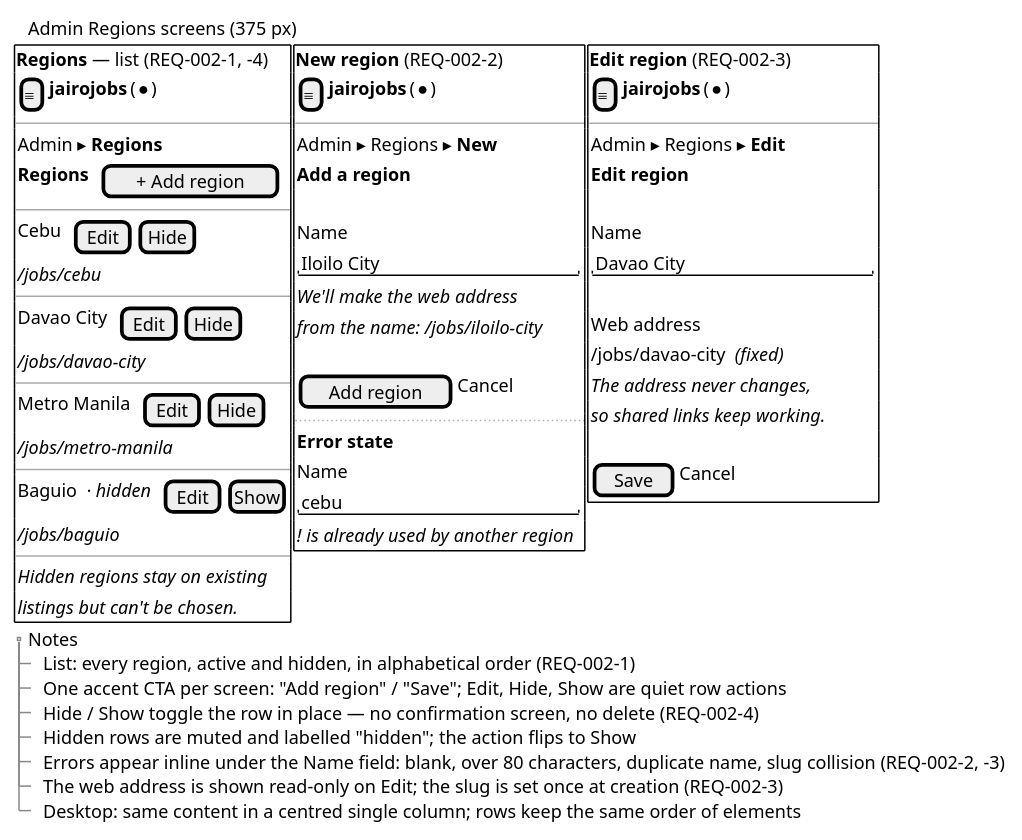
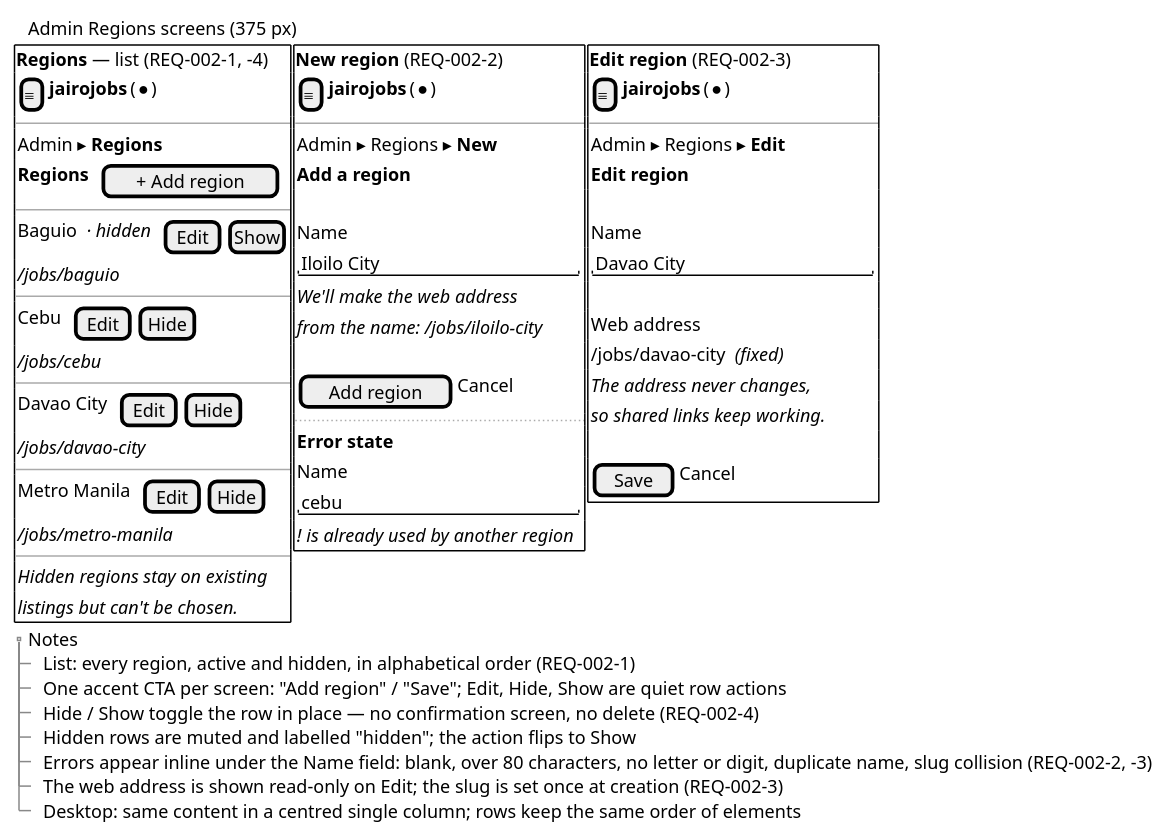
Before and after one commit to raseniero/jairojobs-elixir: the diagram in docs/specs/002-regions/diagrams/wireframe-regions-admin.puml, drawn with PlantUML. The commit also changed 8 other files, not shown here.

Commit message:
docs(spec 002): a name needs a letter or digit (REQ-002-2, new scenario with its tests); wording and diagrams brought in line with the app

```diff
--- a/docs/specs/002-regions/diagrams/wireframe-regions-admin.puml
+++ b/docs/specs/002-regions/diagrams/wireframe-regions-admin.puml
@@ -1,78 +1,78 @@
 @startsalt wireframe-regions-admin
 ' Spec 002 — admin Regions screens at phone width (REQ-002-1..4).
 ' The list, plus the New and Edit forms it leads to.
 ' Wireframe only — not a visual design.
 
 {
   {T
     + Admin Regions screens (375 px)
   }
   {
     {+ <b>Regions</b> — list (REQ-002-1, -4)
       { [≡] | <b>jairojobs</b> | (●) }
       --
       { Admin ▸ <b>Regions</b> }
       { <b>Regions</b> | . | [ + Add region ] }
       --
+      { Baguio  <i>· hidden</i> | . | [Edit] | [Show] }
+      { <i>/jobs/baguio</i> }
+      --
       { Cebu | . | [Edit] | [Hide] }
       { <i>/jobs/cebu</i> }
       --
       { Davao City | . | [Edit] | [Hide] }
       { <i>/jobs/davao-city</i> }
       --
       { Metro Manila | . | [Edit] | [Hide] }
       { <i>/jobs/metro-manila</i> }
-      --
-      { Baguio  <i>· hidden</i> | . | [Edit] | [Show] }
-      { <i>/jobs/baguio</i> }
       --
       { <i>Hidden regions stay on existing</i> }
       { <i>listings but can't be chosen.</i> }
     } |
     {+ <b>New region</b> (REQ-002-2)
       { [≡] | <b>jairojobs</b> | (●) }
       --
       { Admin ▸ Regions ▸ <b>New</b> }
       { <b>Add a region</b> }
       .
       { Name }
       { "Iloilo City            " }
       { <i>We'll make the web address</i> }
       { <i>from the name: /jobs/iloilo-city</i> }
       .
       { [ Add region ] | Cancel }
       ..
       { <b>Error state</b> }
       { Name }
       { "cebu                   " }
       { <i>! is already used by another region</i> }
     } |
     {+ <b>Edit region</b> (REQ-002-3)
       { [≡] | <b>jairojobs</b> | (●) }
       --
       { Admin ▸ Regions ▸ <b>Edit</b> }
       { <b>Edit region</b> }
       .
       { Name }
       { "Davao City             " }
       .
       { Web address }
       { /jobs/davao-city  <i>(fixed)</i> }
       { <i>The address never changes,</i> }
       { <i>so shared links keep working.</i> }
       .
       { [ Save ] | Cancel }
     }
   }
   {T
     + Notes
     ++ List: every region, active and hidden, in alphabetical order (REQ-002-1)
     ++ One accent CTA per screen: "Add region" / "Save"; Edit, Hide, Show are quiet row actions
     ++ Hide / Show toggle the row in place — no confirmation screen, no delete (REQ-002-4)
     ++ Hidden rows are muted and labelled "hidden"; the action flips to Show
-    ++ Errors appear inline under the Name field: blank, over 80 characters, duplicate name, slug collision (REQ-002-2, -3)
+    ++ Errors appear inline under the Name field: blank, over 80 characters, no letter or digit, duplicate name, slug collision (REQ-002-2, -3)
     ++ The web address is shown read-only on Edit; the slug is set once at creation (REQ-002-3)
     ++ Desktop: same content in a centred single column; rows keep the same order of elements
   }
 }
 @endsalt
```
